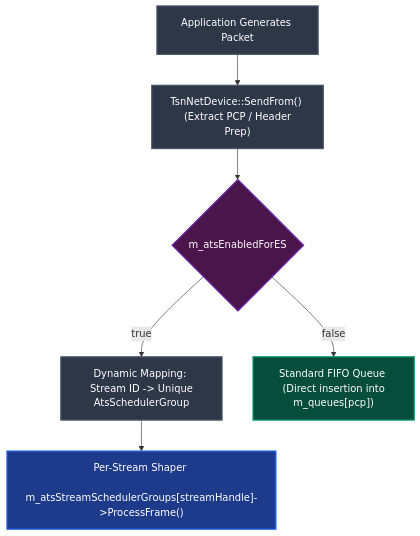
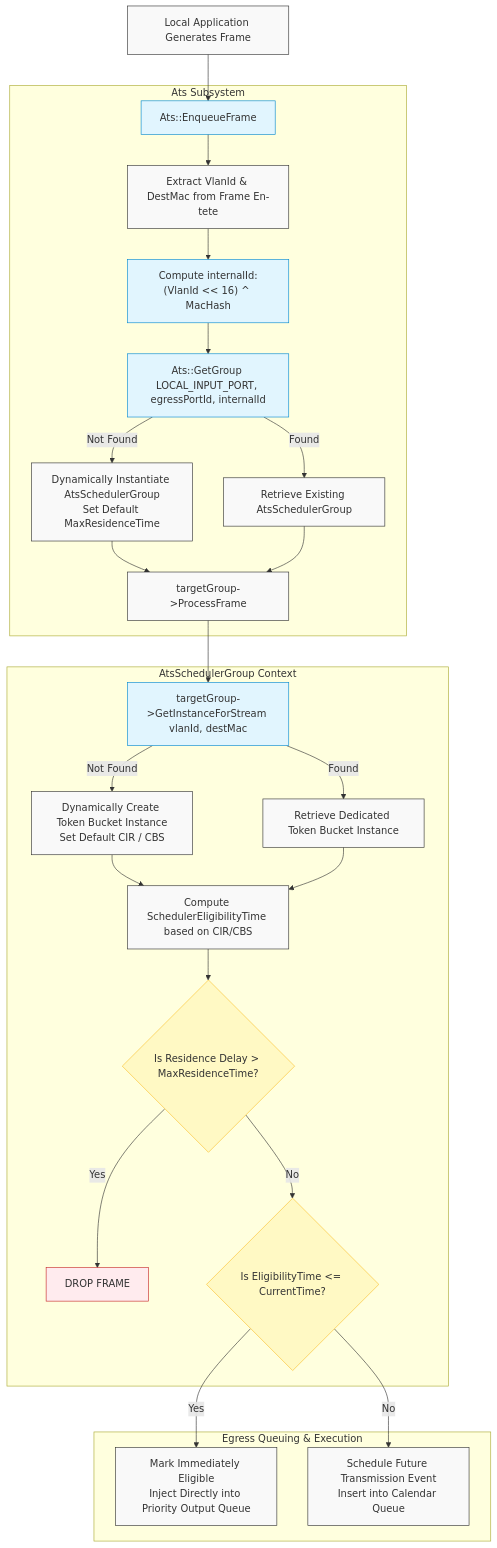
Before and after one commit to athos0x10/ns3-tsn-ats: the second of 2 diagrams in docs/03-ats-design.md, drawn with Mermaid. The commit also changed other lines of this file, not shown here.

Commit message:
fix: final architecture

````diff
--- a/docs/03-ats-design.md
+++ b/docs/03-ats-design.md
@@ -42,16 +114,43 @@
 ```mermaid
 graph TD
-    A[Application Generates Packet] --> B["TsnNetDevice::SendFrom() <br> (Extract PCP / Header Prep)"]
-    B --> C{m_atsEnabledForES}
-    C -- true --> D["Dynamic Mapping: <br> Stream ID -> Unique AtsSchedulerGroup"]
-    C -- false --> E["Standard FIFO Queue <br> (Direct insertion into m_queues[pcp])"]
-    D --> F["Per-Stream Shaper <br> m_atsStreamSchedulerGroups[streamHandle]->ProcessFrame()"]
+    %% Nodes
+    A[Local Application Generates Frame] --> B[Ats::EnqueueFrame]
     
-    style A fill:#2d3748,stroke:#4a5568,stroke-width:2px,color:#fff
-    style B fill:#2d3748,stroke:#4a5568,stroke-width:2px,color:#fff
-    style C fill:#4a154b,stroke:#6b21a8,stroke-width:2px,color:#fff
-    style D fill:#2d3748,stroke:#4a5568,stroke-width:2px,color:#fff
-    style F fill:#1e3a8a,stroke:#2563eb,stroke-width:2px,color:#fff
-    style E fill:#064e3b,stroke:#059669,stroke-width:2px,color:#fff
+    subgraph AtsEngine [Ats Subsystem]
+        B --> C[Extract VlanId & DestMac from Frame En-tete]
+        C --> D["Compute internalId:<br>(VlanId << 16) ^ MacHash"]
+        D --> E[Ats::GetGroup LOCAL_INPUT_PORT, egressPortId, internalId]
+        E -->|Not Found| F[Dynamically Instantiate AtsSchedulerGroup<br>Set Default MaxResidenceTime]
+        E -->|Found| G[Retrieve Existing AtsSchedulerGroup]
+        F --> H[targetGroup->ProcessFrame]
+        G --> H
+    end
+
+    subgraph GroupEngine [AtsSchedulerGroup Context]
+        H --> I[targetGroup->GetInstanceForStream vlanId, destMac]
+        I -->|Not Found| J[Dynamically Create Token Bucket Instance<br>Set Default CIR / CBS]
+        I -->|Found| K[Retrieve Dedicated Token Bucket Instance]
+        J --> L[Compute SchedulerEligibilityTime based on CIR/CBS]
+        K --> L
+        
+        L --> M{Is Residence Delay > MaxResidenceTime?}
+        M -->|Yes| N[DROP FRAME]
+        M -->|No| O{Is EligibilityTime <= CurrentTime?}
+    end
+
+    subgraph Transmission [Egress Queuing & Execution]
+        O -->|Yes| P[Mark Immediately Eligible<br>Inject Directly into Priority Output Queue]
+        O -->|No| Q[Schedule Future Transmission Event<br>Insert into Calendar Queue]
+    end
+
+    %% Styles
+    classDef default fill:#f9f9f9,stroke:#333,stroke-width:1px;
+    classDef action fill:#e1f5fe,stroke:#0288d1,stroke-width:1px;
+    classDef decision fill:#fff9c4,stroke:#fbc02d,stroke-width:1px;
+    classDef drop fill:#ffebee,stroke:#c62828,stroke-width:1px;
+    
+    class B,D,E,I action;
+    class M,O decision;
+    class N drop;
 
 ```
````
